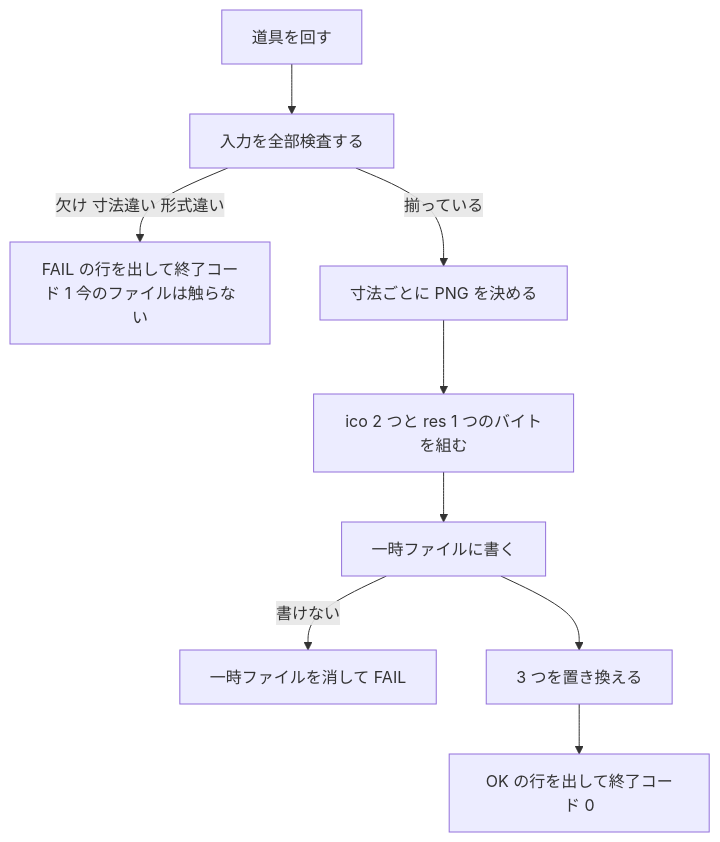
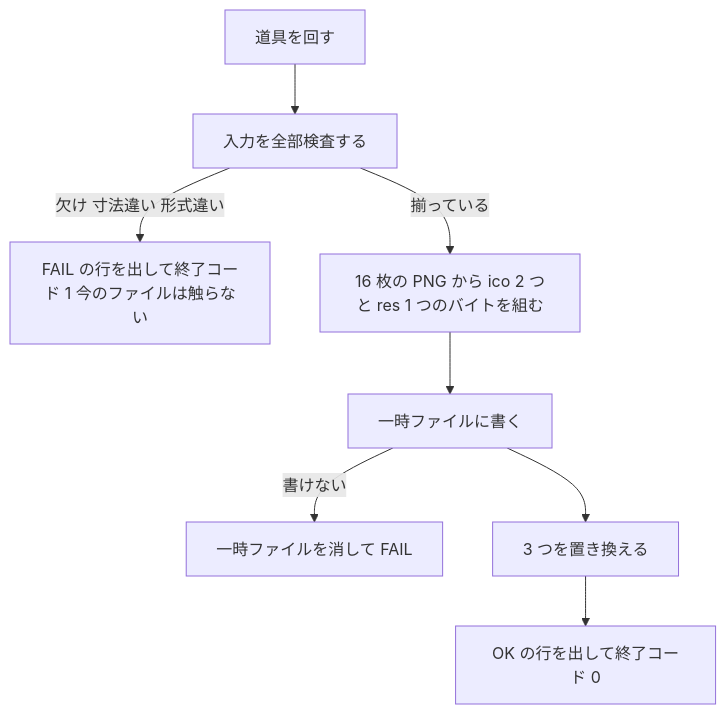
One commit to ekicyou/areka changed the second of 2 diagrams in .kiro/specs/areka-P0-app-icon/design.md. Above: the diagram before and after it, drawn with Mermaid. The commit also changed other lines of this file and 1 other file, not shown here.

````diff
--- a/.kiro/specs/areka-P0-app-icon/design.md
+++ b/.kiro/specs/areka-P0-app-icon/design.md
@@ -143,11 +139,10 @@
 ```mermaid
 flowchart TD
     Start[道具を回す] --> Check[入力を全部検査する]
     Check -->|欠け 寸法違い 形式違い| Fail[FAIL の行を出して終了コード 1 今のファイルは触らない]
-    Check -->|揃っている| Build[寸法ごとに PNG を決める]
-    Build --> Pack[ico 2 つと res 1 つのバイトを組む]
+    Check -->|揃っている| Pack[16 枚の PNG から ico 2 つと res 1 つのバイトを組む]
     Pack --> Temp[一時ファイルに書く]
     Temp -->|書けない| Clean[一時ファイルを消して FAIL]
     Temp --> Swap[3 つを置き換える]
     Swap --> Ok[OK の行を出して終了コード 0]
 ```
````
